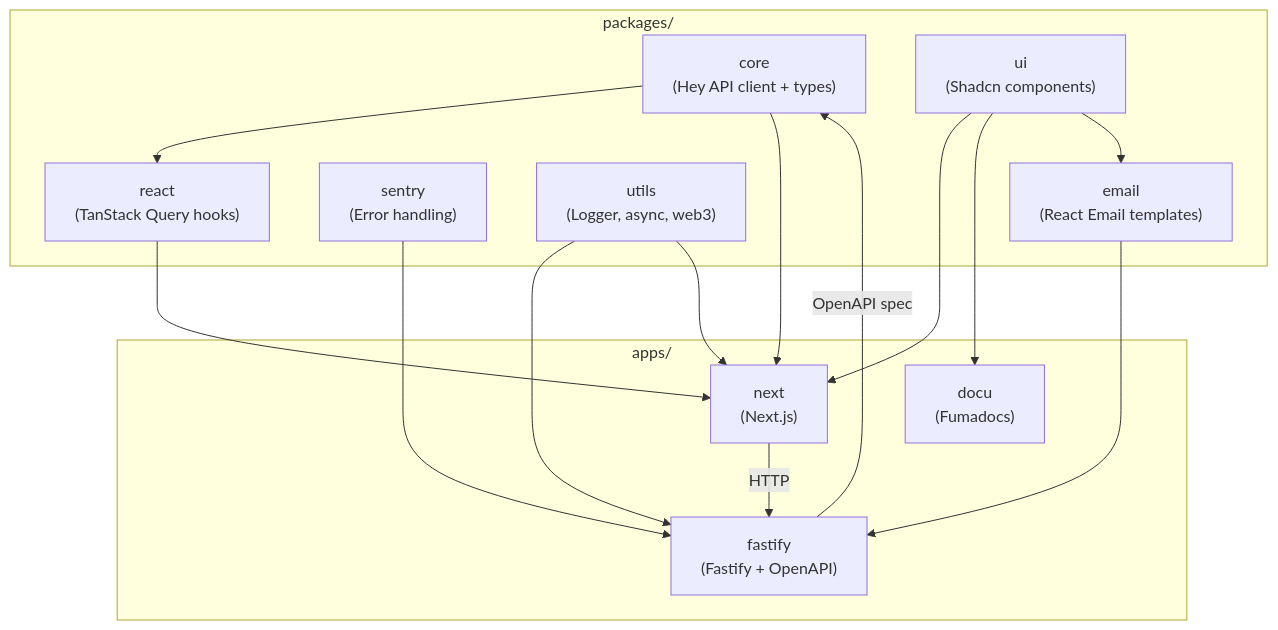
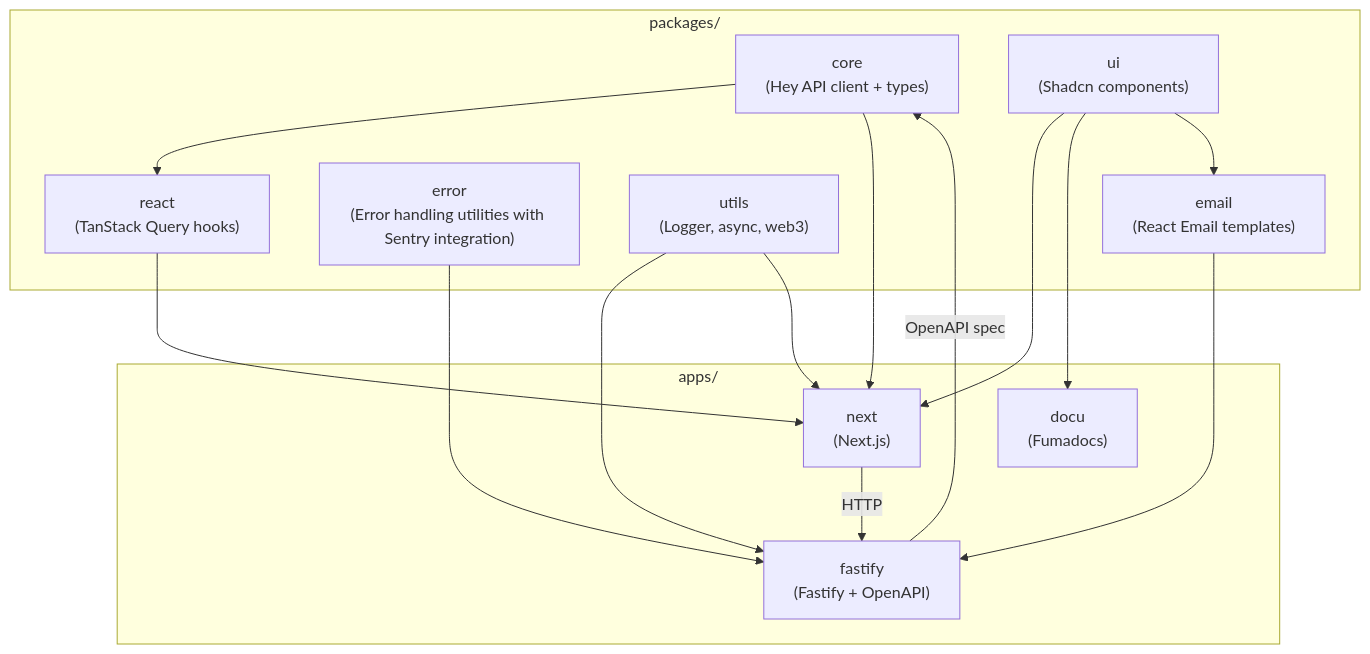
The diagram in apps/docu/content/docs/architecture/monorepo.mdx (blockmatic/basilic-evm), drawn with Mermaid before and after one commit. The commit also changed 32 other files, not shown here.

````diff
--- a/apps/docu/content/docs/architecture/monorepo.mdx
+++ b/apps/docu/content/docs/architecture/monorepo.mdx
@@ -29,30 +29,30 @@
 ```mermaid
 flowchart TB
   subgraph Packages["packages/"]
     Core["core<br/>(Hey API client + types)"]
     React["react<br/>(TanStack Query hooks)"]
     UI["ui<br/>(Shadcn components)"]
-    Sentry["sentry<br/>(Error handling)"]
+    Error["error<br/>(Error handling utilities with Sentry integration)"]
     Utils["utils<br/>(Logger, async, web3)"]
     Email["email<br/>(React Email templates)"]
   end
 
   subgraph Apps["apps/"]
     Fastify["fastify<br/>(Fastify + OpenAPI)"]
     Next["next<br/>(Next.js)"]
     Docu["docu<br/>(Fumadocs)"]
   end
 
   Fastify -->|OpenAPI spec| Core
   Core --> React
   React --> Next
   Core --> Next
   UI --> Next
   UI --> Docu
   UI --> Email
-  Sentry --> Fastify
+  Error --> Fastify
   Utils --> Fastify
   Email --> Fastify
   Utils --> Next
   Next -->|HTTP| Fastify
 ```
````
